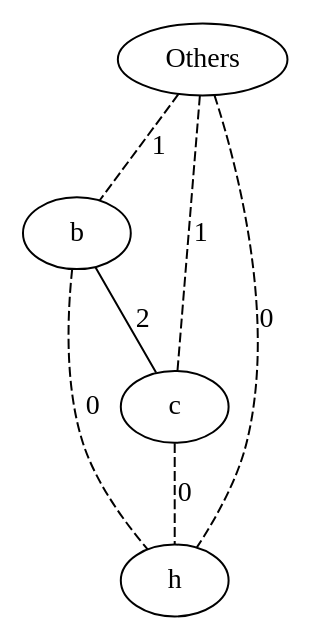
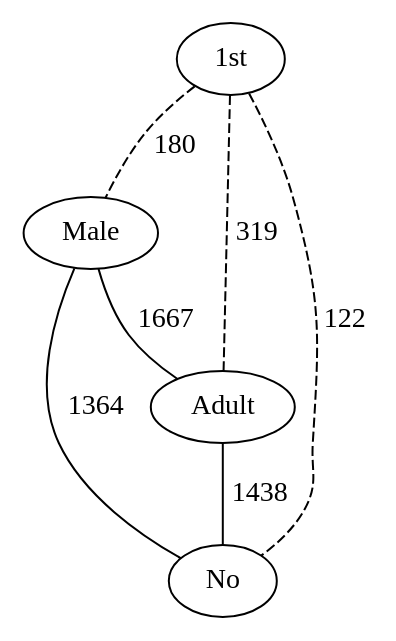
The diagram in src/extension/plainGraph_with_threshold.dot (lrodrin/TFG), drawn with Graphviz before and after one commit. The commit also changed 1 other file, not shown here.

```diff
--- a/src/extension/plainGraph_with_threshold.dot
+++ b/src/extension/plainGraph_with_threshold.dot
@@ -1,12 +1,12 @@
 strict graph "()" {
-Others;
-b;
-c;
-h;
-Others -- b  [color=black, label=1, style=dashed];
-Others -- c  [color=black, label=1, style=dashed];
-Others -- h  [color=black, label=0, style=dashed];
-b -- c  [color=black, label=2, style=solid];
-b -- h  [color=black, label=0, style=dashed];
-c -- h  [color=black, label=0, style=dashed];
+"1st";
+Male;
+Adult;
+No;
+"1st" -- Male  [color=black, label=180, style=dashed];
+"1st" -- Adult  [color=black, label=319, style=dashed];
+"1st" -- No  [color=black, label=122, style=dashed];
+Male -- Adult  [color=black, label=1667, style=solid];
+Male -- No  [color=black, label=1364, style=solid];
+Adult -- No  [color=black, label=1438, style=solid];
 }
```
